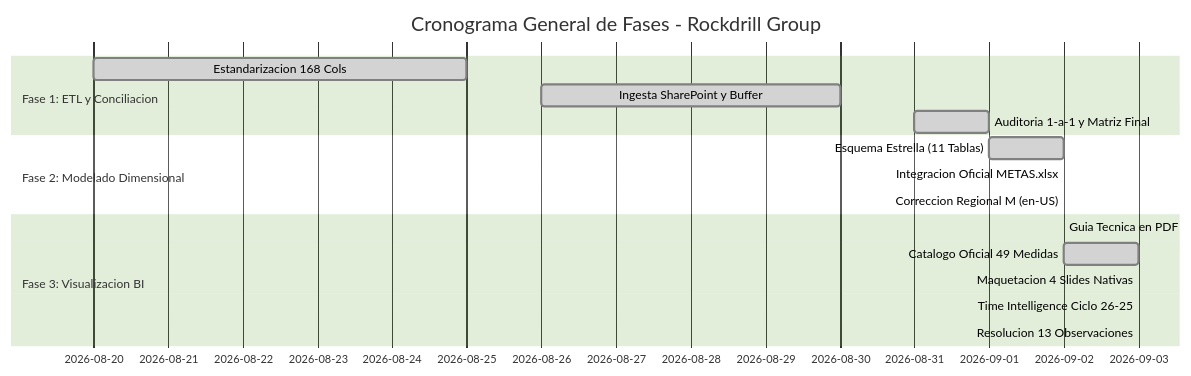
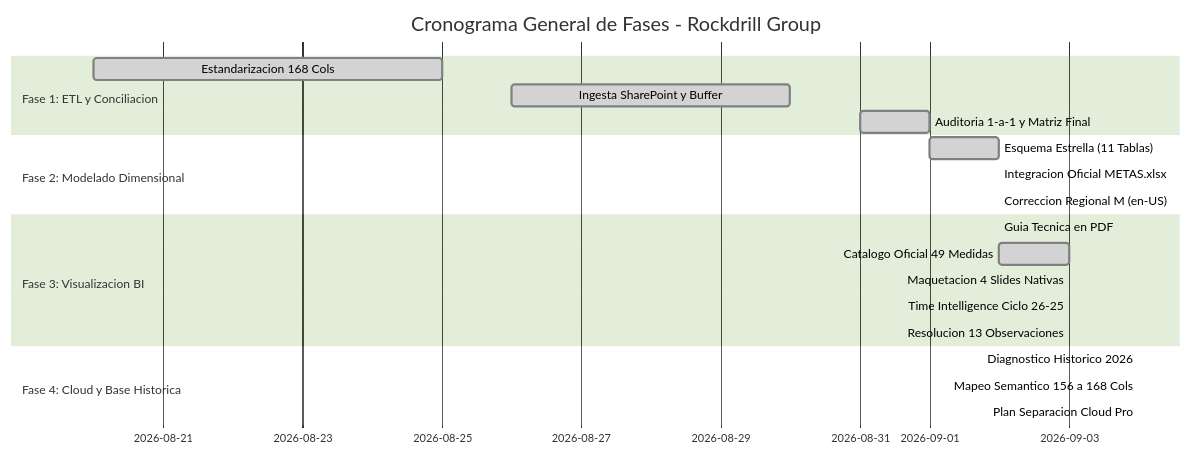
The diagram in ESTADO_DEL_PROYECTO.md (chihuacoaudaz-png/revision-detallado), drawn with Mermaid (forest theme) before and after one commit. The commit also changed other lines of this file and 599 other files, not shown here.

Commit message:
feat(cierre-2026-09-04): diagnostico cuantitativo base historica 2026, mapeo semantico 156 a 168 cols, plan cloud power query pro desacoplado y actualizacion de contexto pmo

````diff
--- a/ESTADO_DEL_PROYECTO.md
+++ b/ESTADO_DEL_PROYECTO.md
@@ -32,19 +33,23 @@
 ```mermaid
 gantt
     title Cronograma General de Fases - Rockdrill Group
     dateFormat  YYYY-MM-DD
     section Fase 1: ETL y Conciliacion
     Estandarizacion 168 Cols       :done, 2026-08-20, 2026-08-25
     Ingesta SharePoint y Buffer    :done, 2026-08-26, 2026-08-30
     Auditoria 1-a-1 y Matriz Final :done, 2026-08-31, 2026-09-01
     section Fase 2: Modelado Dimensional
     Esquema Estrella (11 Tablas)   :done, 2026-09-01, 2026-09-02
     Integracion Oficial METAS.xlsx :done, 2026-09-02, 2026-09-02
     Correccion Regional M (en-US)  :done, 2026-09-02, 2026-09-02
     section Fase 3: Visualizacion BI
     Guia Tecnica en PDF            :done, 2026-09-02, 2026-09-02
     Catalogo Oficial 49 Medidas    :done, 2026-09-02, 2026-09-03
     Maquetacion 4 Slides Nativas   :done, 2026-09-03, 2026-09-03
     Time Intelligence Ciclo 26-25  :done, 2026-09-03, 2026-09-03
     Resolucion 13 Observaciones    :done, 2026-09-03, 2026-09-03
+    section Fase 4: Cloud y Base Historica
+    Diagnostico Historico 2026     :done, 2026-09-04, 2026-09-04
+    Mapeo Semantico 156 a 168 Cols :done, 2026-09-04, 2026-09-04
+    Plan Separacion Cloud Pro      :done, 2026-09-04, 2026-09-04
 ```
````
